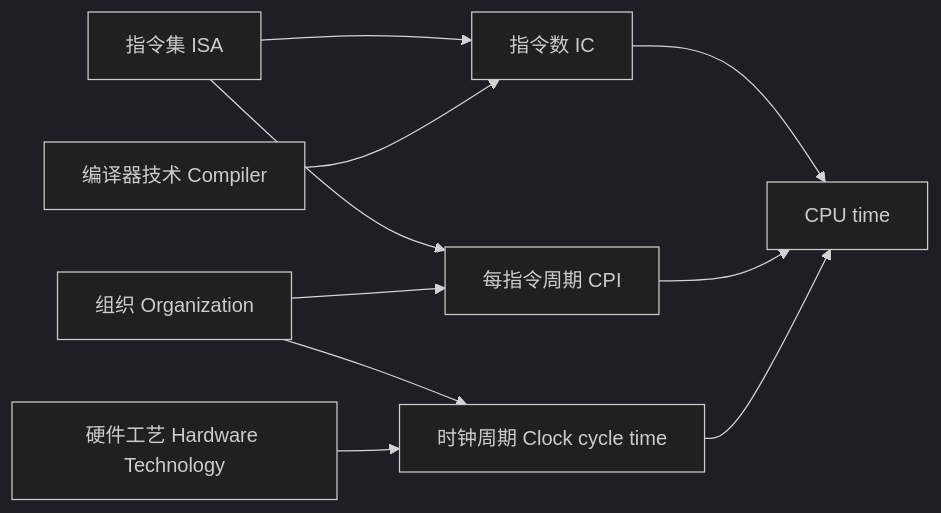
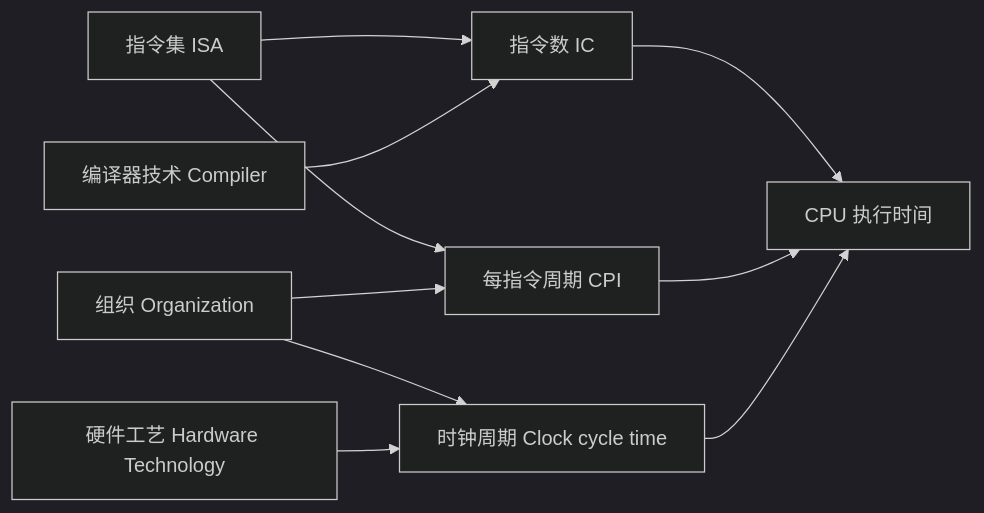
Before and after one commit to MiniYuanBot/note-buddy: the diagram in computer-organization-and-architecture/output/L02/chapters/02-cpi-and-iron-law.md, drawn with Mermaid (dark theme). The commit also changed other lines of this file and 26 other files, not shown here.

````diff
--- a/computer-organization-and-architecture/output/L02/chapters/02-cpi-and-iron-law.md
+++ b/computer-organization-and-architecture/output/L02/chapters/02-cpi-and-iron-law.md
@@ -120,12 +122,12 @@
 ```mermaid
 flowchart LR
   ISA[指令集 ISA] --> IC[指令数 IC]
   CMP[编译器技术 Compiler] --> IC
   ISA --> CPI[每指令周期 CPI]
   ORG[组织 Organization] --> CPI
   ORG --> CC[时钟周期 Clock cycle time]
   TECH[硬件工艺 Hardware Technology] --> CC
-  IC --> T[CPU time]
+  IC --> T[CPU 执行时间]
   CPI --> T
   CC --> T
 ```
````
